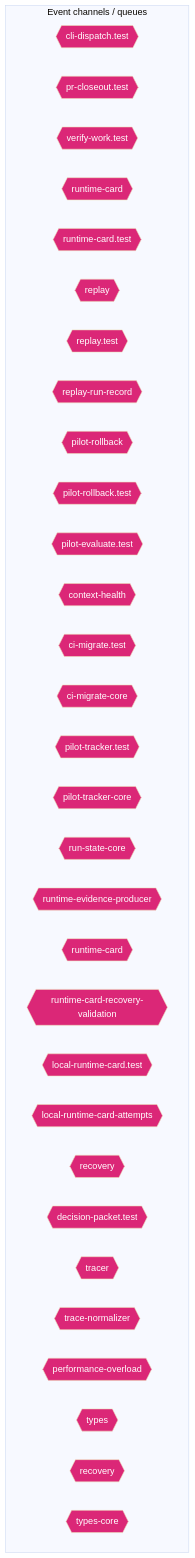
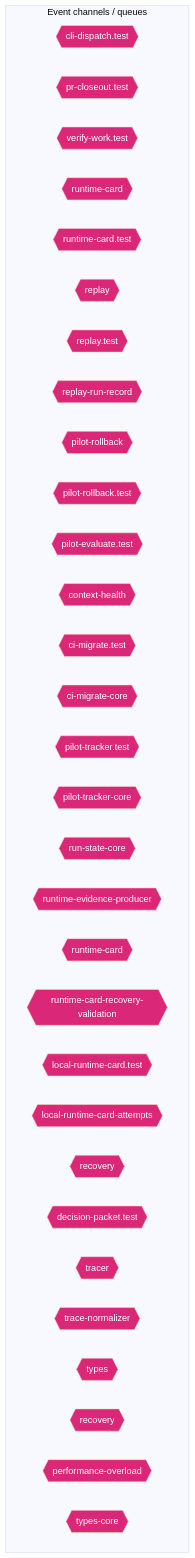
Before and after one commit to jscraik/coding-harness: the ninth of 14 diagrams in AI/context/diagram-context.md, drawn with Mermaid (base theme). The commit also changed other lines of this file, not shown here.

First line of the commit message:
docs(architecture): refresh local memory diagram context

````diff
--- a/AI/context/diagram-context.md
+++ b/AI/context/diagram-context.md
@@ -1695,38 +1696,38 @@
 ```mermaid
 flowchart TD
   subgraph Channels["Event channels / queues"]
     cli_dispatch_test_54c9f17b{{"cli-dispatch.test"}}
     pr_closeout_test_12a1ffdd{{"pr-closeout.test"}}
     verify_work_test_0e12f6c5{{"verify-work.test"}}
     runtime_card_e06b53e1{{"runtime-card"}}
     runtime_card_test_af812837{{"runtime-card.test"}}
     replay_ac203c98{{"replay"}}
     replay_test_935f7436{{"replay.test"}}
     replay_run_record_9a08cce2{{"replay-run-record"}}
     pilot_rollback_00c1f82c{{"pilot-rollback"}}
     pilot_rollback_test_e61d5a2b{{"pilot-rollback.test"}}
     pilot_evaluate_test_a2ac06fc{{"pilot-evaluate.test"}}
     context_health_80bb7da9{{"context-health"}}
     ci_migrate_test_2a015bb9{{"ci-migrate.test"}}
     ci_migrate_core_7005b5af{{"ci-migrate-core"}}
     pilot_tracker_test_80398a66{{"pilot-tracker.test"}}
     pilot_tracker_core_80d8ac96{{"pilot-tracker-core"}}
     run_state_core_25a955bc{{"run-state-core"}}
     runtime_evidence_producer_ea388cb5{{"runtime-evidence-producer"}}
     runtime_card_1_465a49d2{{"runtime-card"}}
     runtime_card_recovery_validation_e216d883{{"runtime-card-recovery-validation"}}
     local_runtime_card_test_b508222b{{"local-runtime-card.test"}}
     local_runtime_card_attempts_28aa46ea{{"local-runtime-card-attempts"}}
     recovery_8c585378{{"recovery"}}
     decision_packet_test_9ea0e97b{{"decision-packet.test"}}
     tracer_1e6243a2{{"tracer"}}
     trace_normalizer_cb1be1d2{{"trace-normalizer"}}
+    types_7_2f1ed65e{{"types"}}
+    recovery_1_4d1804ab{{"recovery"}}
     performance_overload_c685bfcf{{"performance-overload"}}
-    types_8_f6283648{{"types"}}
-    recovery_1_4d1804ab{{"recovery"}}
     types_core_e405ddca{{"types-core"}}
   end
   classDef eventNode fill:#db2777,color:#fff
-  class cli_dispatch_test_54c9f17b,pr_closeout_test_12a1ffdd,verify_work_test_0e12f6c5,runtime_card_e06b53e1,runtime_card_test_af812837,replay_ac203c98,replay_test_935f7436,replay_run_record_9a08cce2,pilot_rollback_00c1f82c,pilot_rollback_test_e61d5a2b,pilot_evaluate_test_a2ac06fc,context_health_80bb7da9,ci_migrate_test_2a015bb9,ci_migrate_core_7005b5af,pilot_tracker_test_80398a66,pilot_tracker_core_80d8ac96,run_state_core_25a955bc,runtime_evidence_producer_ea388cb5,runtime_card_1_465a49d2,runtime_card_recovery_validation_e216d883,local_runtime_card_test_b508222b,local_runtime_card_attempts_28aa46ea,recovery_8c585378,decision_packet_test_9ea0e97b,tracer_1e6243a2,trace_normalizer_cb1be1d2,performance_overload_c685bfcf,types_8_f6283648,recovery_1_4d1804ab,types_core_e405ddca eventNode
+  class cli_dispatch_test_54c9f17b,pr_closeout_test_12a1ffdd,verify_work_test_0e12f6c5,runtime_card_e06b53e1,runtime_card_test_af812837,replay_ac203c98,replay_test_935f7436,replay_run_record_9a08cce2,pilot_rollback_00c1f82c,pilot_rollback_test_e61d5a2b,pilot_evaluate_test_a2ac06fc,context_health_80bb7da9,ci_migrate_test_2a015bb9,ci_migrate_core_7005b5af,pilot_tracker_test_80398a66,pilot_tracker_core_80d8ac96,run_state_core_25a955bc,runtime_evidence_producer_ea388cb5,runtime_card_1_465a49d2,runtime_card_recovery_validation_e216d883,local_runtime_card_test_b508222b,local_runtime_card_attempts_28aa46ea,recovery_8c585378,decision_packet_test_9ea0e97b,tracer_1e6243a2,trace_normalizer_cb1be1d2,types_7_2f1ed65e,recovery_1_4d1804ab,performance_overload_c685bfcf,types_core_e405ddca eventNode
 
 ```
````
